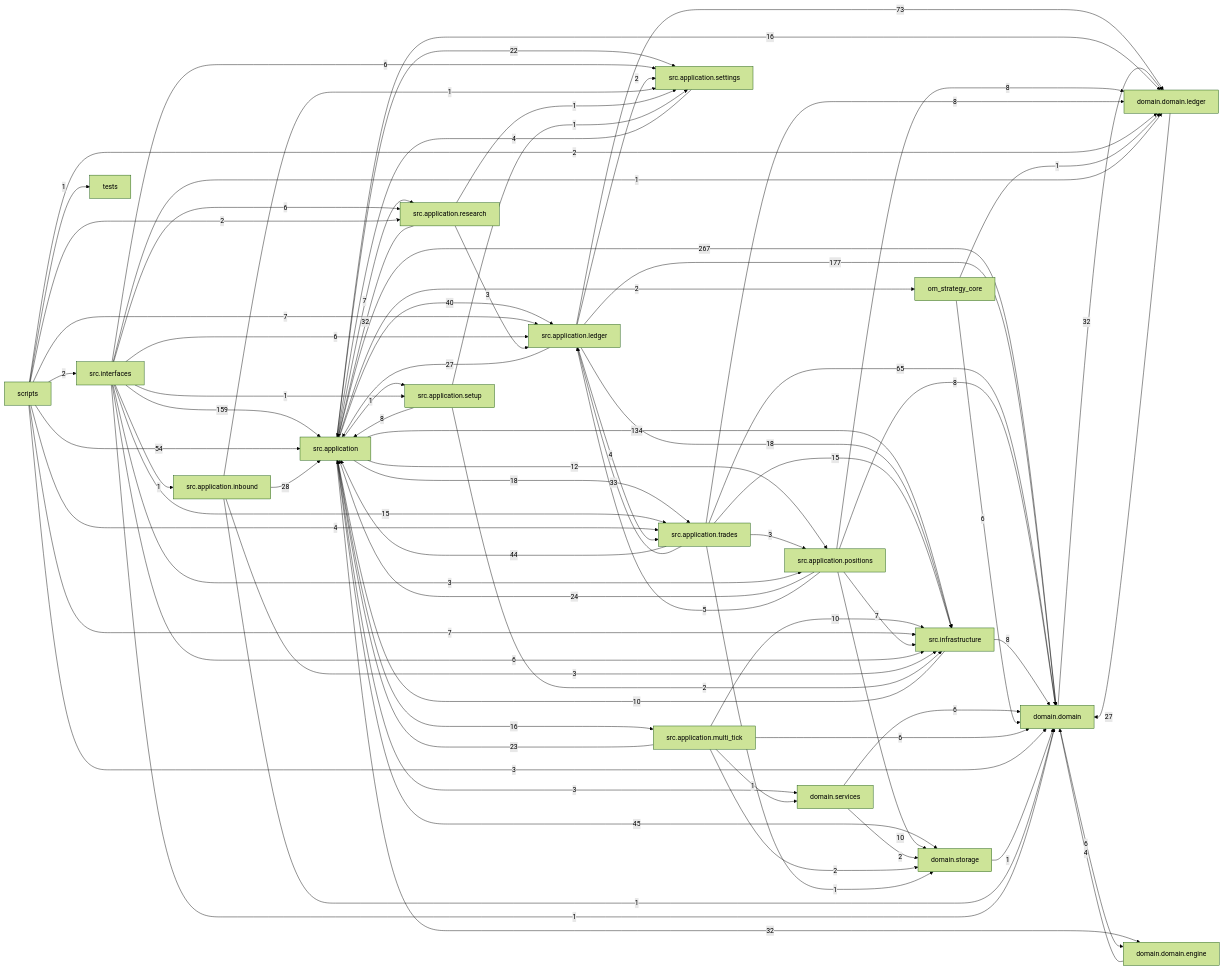
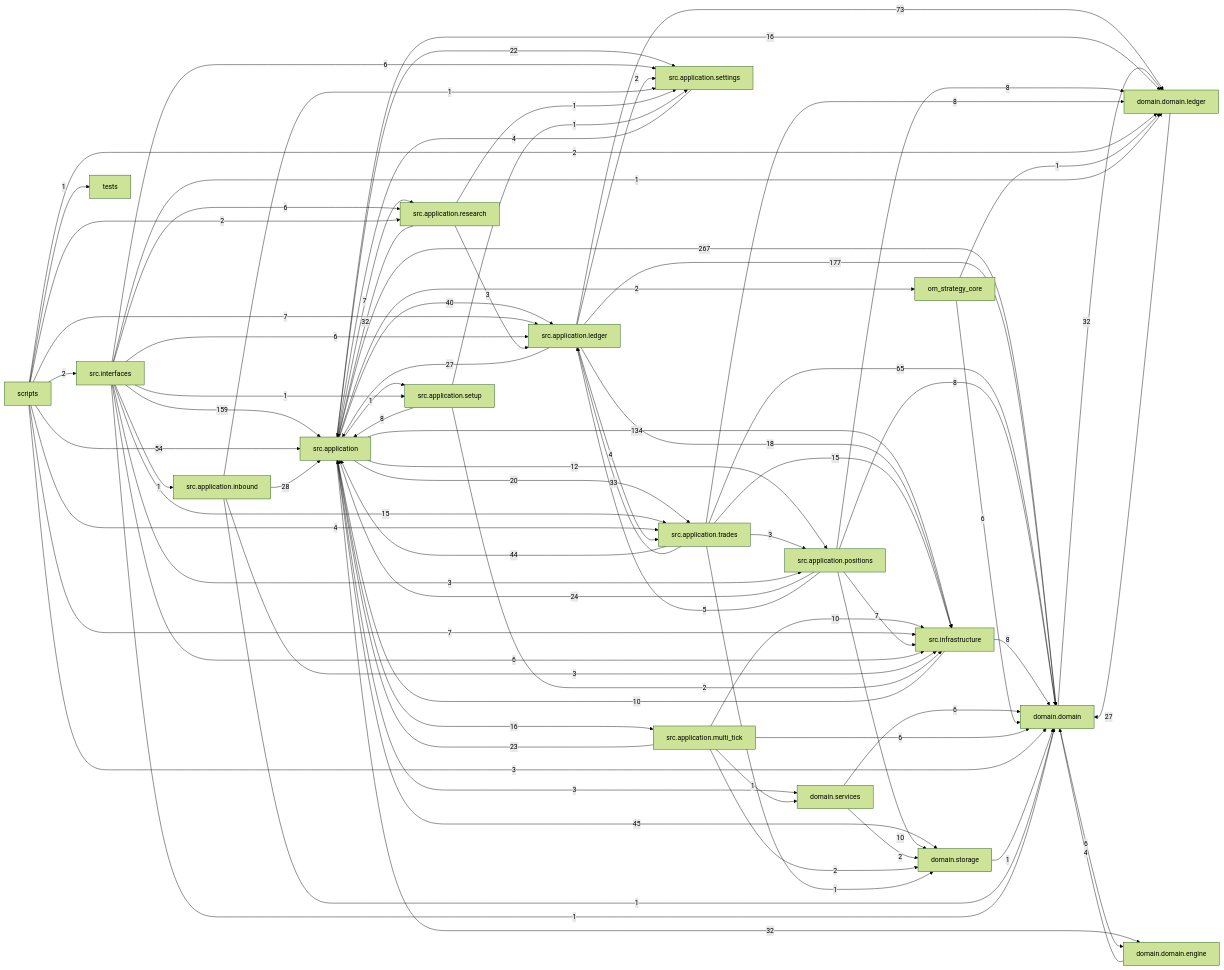
One commit to liuxie066/options-monitor changed the diagram in docs/dependency_graph.mmd. Above: the diagram before and after it, drawn with Mermaid (forest theme). The commit also changed 9 other files, not shown here.

```diff
--- a/docs/dependency_graph.mmd
+++ b/docs/dependency_graph.mmd
@@ -1,81 +1,81 @@
 flowchart LR
   src_application["src.application"] -->|267| domain_domain["domain.domain"]
   src_application_ledger["src.application.ledger"] -->|177| domain_domain["domain.domain"]
   src_interfaces["src.interfaces"] -->|159| src_application["src.application"]
   src_application["src.application"] -->|134| src_infrastructure["src.infrastructure"]
   src_application_ledger["src.application.ledger"] -->|73| domain_domain_ledger["domain.domain.ledger"]
   src_application_trades["src.application.trades"] -->|65| domain_domain["domain.domain"]
   scripts["scripts"] -->|54| src_application["src.application"]
   src_application["src.application"] -->|45| domain_storage["domain.storage"]
   src_application_trades["src.application.trades"] -->|44| src_application["src.application"]
   src_application["src.application"] -->|40| src_application_ledger["src.application.ledger"]
   src_application_trades["src.application.trades"] -->|33| src_application_ledger["src.application.ledger"]
   domain_domain["domain.domain"] -->|32| domain_domain_ledger["domain.domain.ledger"]
   src_application["src.application"] -->|32| domain_domain_engine["domain.domain.engine"]
   src_application_research["src.application.research"] -->|32| src_application["src.application"]
   src_application_inbound["src.application.inbound"] -->|28| src_application["src.application"]
   domain_domain_ledger["domain.domain.ledger"] -->|27| domain_domain["domain.domain"]
   src_application_ledger["src.application.ledger"] -->|27| src_application["src.application"]
   src_application_positions["src.application.positions"] -->|24| src_application["src.application"]
   src_application_multi_tick["src.application.multi_tick"] -->|23| src_application["src.application"]
   src_application["src.application"] -->|22| src_application_settings["src.application.settings"]
-  src_application["src.application"] -->|18| src_application_trades["src.application.trades"]
+  src_application["src.application"] -->|20| src_application_trades["src.application.trades"]
   src_application_ledger["src.application.ledger"] -->|18| src_infrastructure["src.infrastructure"]
   src_application["src.application"] -->|16| domain_domain_ledger["domain.domain.ledger"]
   src_application["src.application"] -->|16| src_application_multi_tick["src.application.multi_tick"]
   src_application_trades["src.application.trades"] -->|15| src_infrastructure["src.infrastructure"]
   src_interfaces["src.interfaces"] -->|15| src_application_trades["src.application.trades"]
   src_application["src.application"] -->|12| src_application_positions["src.application.positions"]
   src_application_multi_tick["src.application.multi_tick"] -->|10| src_infrastructure["src.infrastructure"]
   src_application_positions["src.application.positions"] -->|10| domain_storage["domain.storage"]
   src_infrastructure["src.infrastructure"] -->|10| src_application["src.application"]
   src_application_positions["src.application.positions"] -->|8| domain_domain["domain.domain"]
   src_application_positions["src.application.positions"] -->|8| domain_domain_ledger["domain.domain.ledger"]
   src_application_setup["src.application.setup"] -->|8| src_application["src.application"]
   src_application_trades["src.application.trades"] -->|8| domain_domain_ledger["domain.domain.ledger"]
   src_infrastructure["src.infrastructure"] -->|8| domain_domain["domain.domain"]
   scripts["scripts"] -->|7| src_application_ledger["src.application.ledger"]
   scripts["scripts"] -->|7| src_infrastructure["src.infrastructure"]
   src_application["src.application"] -->|7| src_application_research["src.application.research"]
   src_application_positions["src.application.positions"] -->|7| src_infrastructure["src.infrastructure"]
   domain_domain["domain.domain"] -->|6| domain_domain_engine["domain.domain.engine"]
   domain_services["domain.services"] -->|6| domain_domain["domain.domain"]
   om_strategy_core["om_strategy_core"] -->|6| domain_domain["domain.domain"]
   src_application_multi_tick["src.application.multi_tick"] -->|6| domain_domain["domain.domain"]
   src_interfaces["src.interfaces"] -->|6| src_application_ledger["src.application.ledger"]
   src_interfaces["src.interfaces"] -->|6| src_application_research["src.application.research"]
   src_interfaces["src.interfaces"] -->|6| src_application_settings["src.application.settings"]
   src_interfaces["src.interfaces"] -->|6| src_infrastructure["src.infrastructure"]
   src_application_positions["src.application.positions"] -->|5| src_application_ledger["src.application.ledger"]
   domain_domain_engine["domain.domain.engine"] -->|4| domain_domain["domain.domain"]
   scripts["scripts"] -->|4| src_application_trades["src.application.trades"]
   src_application_ledger["src.application.ledger"] -->|4| src_application_trades["src.application.trades"]
   src_application_settings["src.application.settings"] -->|4| src_application["src.application"]
   scripts["scripts"] -->|3| domain_domain["domain.domain"]
   src_application["src.application"] -->|3| domain_services["domain.services"]
   src_application_inbound["src.application.inbound"] -->|3| src_infrastructure["src.infrastructure"]
   src_application_research["src.application.research"] -->|3| src_application_ledger["src.application.ledger"]
   src_application_trades["src.application.trades"] -->|3| src_application_positions["src.application.positions"]
   src_interfaces["src.interfaces"] -->|3| src_application_positions["src.application.positions"]
   domain_services["domain.services"] -->|2| domain_storage["domain.storage"]
   scripts["scripts"] -->|2| domain_domain_ledger["domain.domain.ledger"]
   scripts["scripts"] -->|2| src_application_research["src.application.research"]
   scripts["scripts"] -->|2| src_interfaces["src.interfaces"]
   src_application["src.application"] -->|2| om_strategy_core["om_strategy_core"]
   src_application_ledger["src.application.ledger"] -->|2| src_application_settings["src.application.settings"]
   src_application_multi_tick["src.application.multi_tick"] -->|2| domain_storage["domain.storage"]
   src_application_setup["src.application.setup"] -->|2| src_infrastructure["src.infrastructure"]
   domain_storage["domain.storage"] -->|1| domain_domain["domain.domain"]
   om_strategy_core["om_strategy_core"] -->|1| domain_domain_ledger["domain.domain.ledger"]
   scripts["scripts"] -->|1| tests["tests"]
   src_application["src.application"] -->|1| src_application_setup["src.application.setup"]
   src_application_inbound["src.application.inbound"] -->|1| domain_domain["domain.domain"]
   src_application_inbound["src.application.inbound"] -->|1| src_application_settings["src.application.settings"]
   src_application_multi_tick["src.application.multi_tick"] -->|1| domain_services["domain.services"]
   src_application_research["src.application.research"] -->|1| src_application_settings["src.application.settings"]
   src_application_setup["src.application.setup"] -->|1| src_application_settings["src.application.settings"]
   src_application_trades["src.application.trades"] -->|1| domain_storage["domain.storage"]
   src_interfaces["src.interfaces"] -->|1| domain_domain["domain.domain"]
   src_interfaces["src.interfaces"] -->|1| domain_domain_ledger["domain.domain.ledger"]
   src_interfaces["src.interfaces"] -->|1| src_application_inbound["src.application.inbound"]
   src_interfaces["src.interfaces"] -->|1| src_application_setup["src.application.setup"]
```
